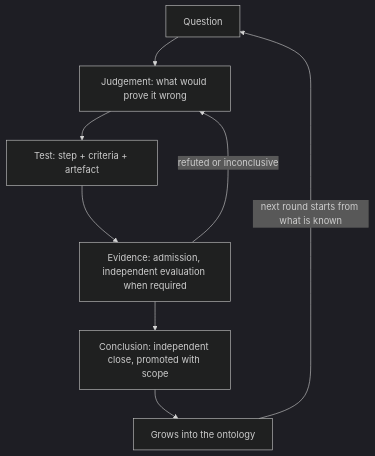
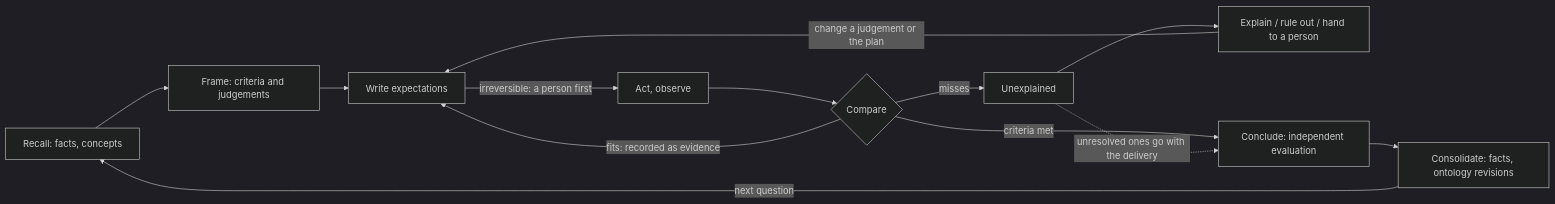
Before and after one commit to Clearailhc/clearai-dsh: the diagram in docs/epistemic-loop.md, drawn with Mermaid (dark theme). The commit also changed other lines of this file and 25 other files, not shown here.

````diff
--- a/docs/epistemic-loop.md
+++ b/docs/epistemic-loop.md
@@ -22,10 +23,15 @@
 ```mermaid
-flowchart TD
-    Q[Question] --> J[Judgement: what would prove it wrong]
-    J --> T[Test: step + criteria + artefact]
-    T --> E[Evidence: admission, independent evaluation when required]
-    E -->|refuted or inconclusive| J
-    E --> C[Conclusion: independent close, promoted with scope]
-    C --> O[Grows into the ontology]
-    O -->|next round starts from what is known| Q
+flowchart LR
+    R[Recall: facts, concepts] --> F[Frame: criteria and judgements]
+    F --> X[Write expectations]
+    X -->|irreversible: a person first| A[Act, observe]
+    A --> C{Compare}
+    C -->|fits: recorded as evidence| X
+    C -->|misses| U[Unexplained]
+    U --> S[Explain / rule out / hand to a person]
+    S -->|change a judgement or the plan| X
+    C -->|criteria met| Z[Conclude: independent evaluation]
+    U -.unresolved ones go with the delivery.-> Z
+    Z --> D[Consolidate: facts, ontology revisions]
+    D -->|next question| R
 ```
````
